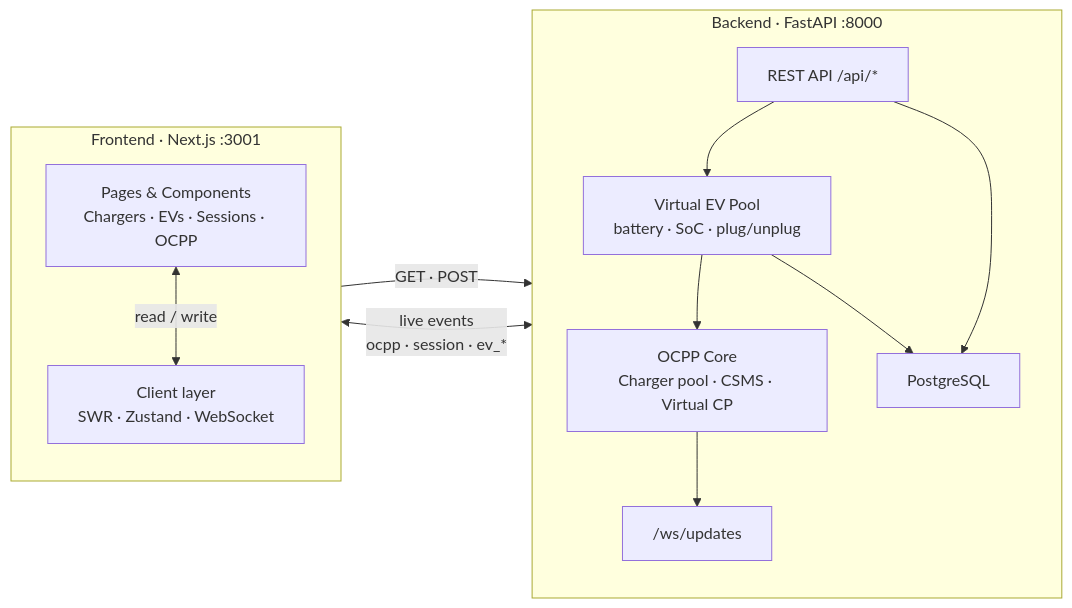
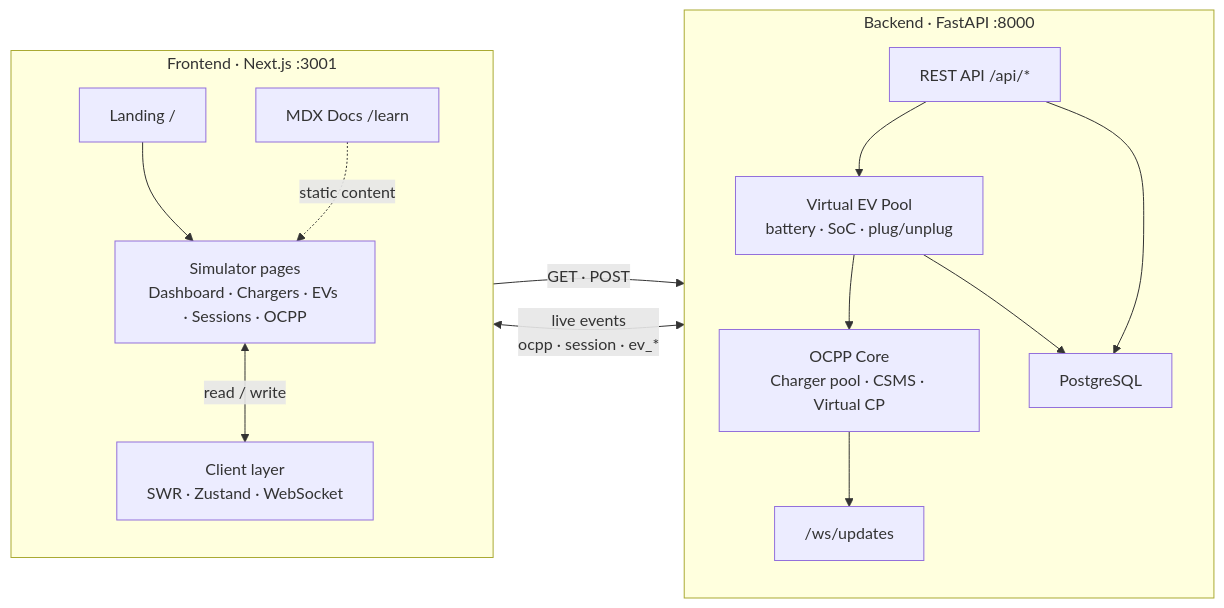
The second of 4 diagrams in README.md (Shriyansh2004/EV-SIM-frontend), drawn with Mermaid before and after one commit. The commit also changed other lines of this file, not shown here.

````diff
--- a/README.md
+++ b/README.md
@@ -79,24 +238,28 @@
 ```mermaid
 flowchart LR
     subgraph FE["Frontend · Next.js :3001"]
         direction TB
-        P["Pages & Components<br/>Chargers · EVs · Sessions · OCPP"]
+        LP["Landing /"]
+        P["Simulator pages<br/>Dashboard · Chargers · EVs · Sessions · OCPP"]
+        D["MDX Docs /learn"]
         C["Client layer<br/>SWR · Zustand · WebSocket"]
+        LP --> P
         P <-->|"read / write"| C
+        D -.->|"static content"| P
     end
 
     subgraph BE["Backend · FastAPI :8000"]
         direction TB
         R["REST API /api/*"]
         EV["Virtual EV Pool<br/>battery · SoC · plug/unplug"]
         O["OCPP Core<br/>Charger pool · CSMS · Virtual CP"]
         DB["PostgreSQL"]
         E["/ws/updates"]
         R --> EV --> O --> E
         R --> DB
         EV --> DB
     end
 
     C -->|"GET · POST"| R
     C <-->|"live events<br/>ocpp · session · ev_*"| E
 ```
````
